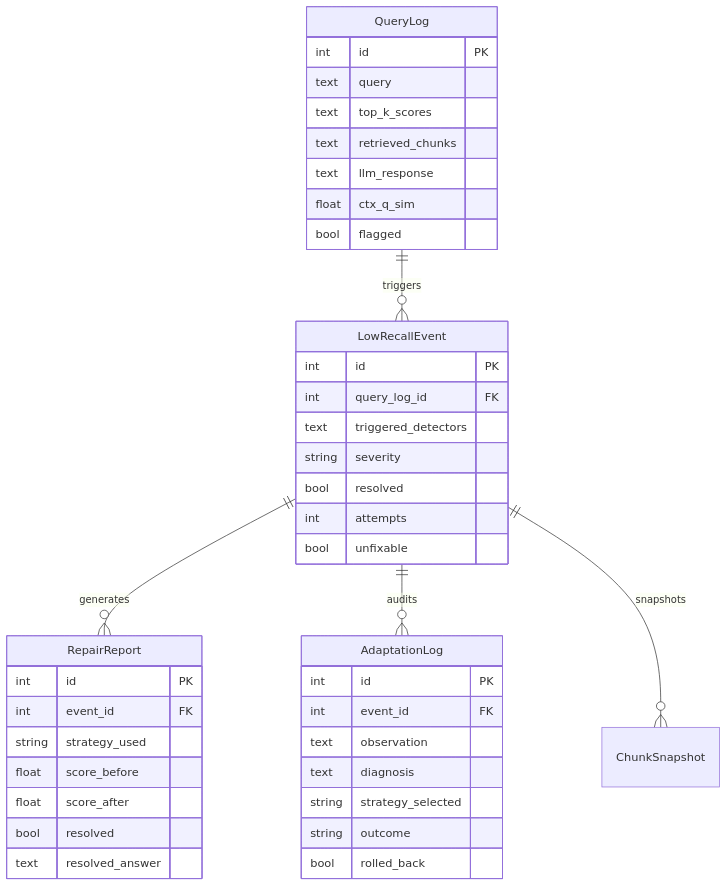
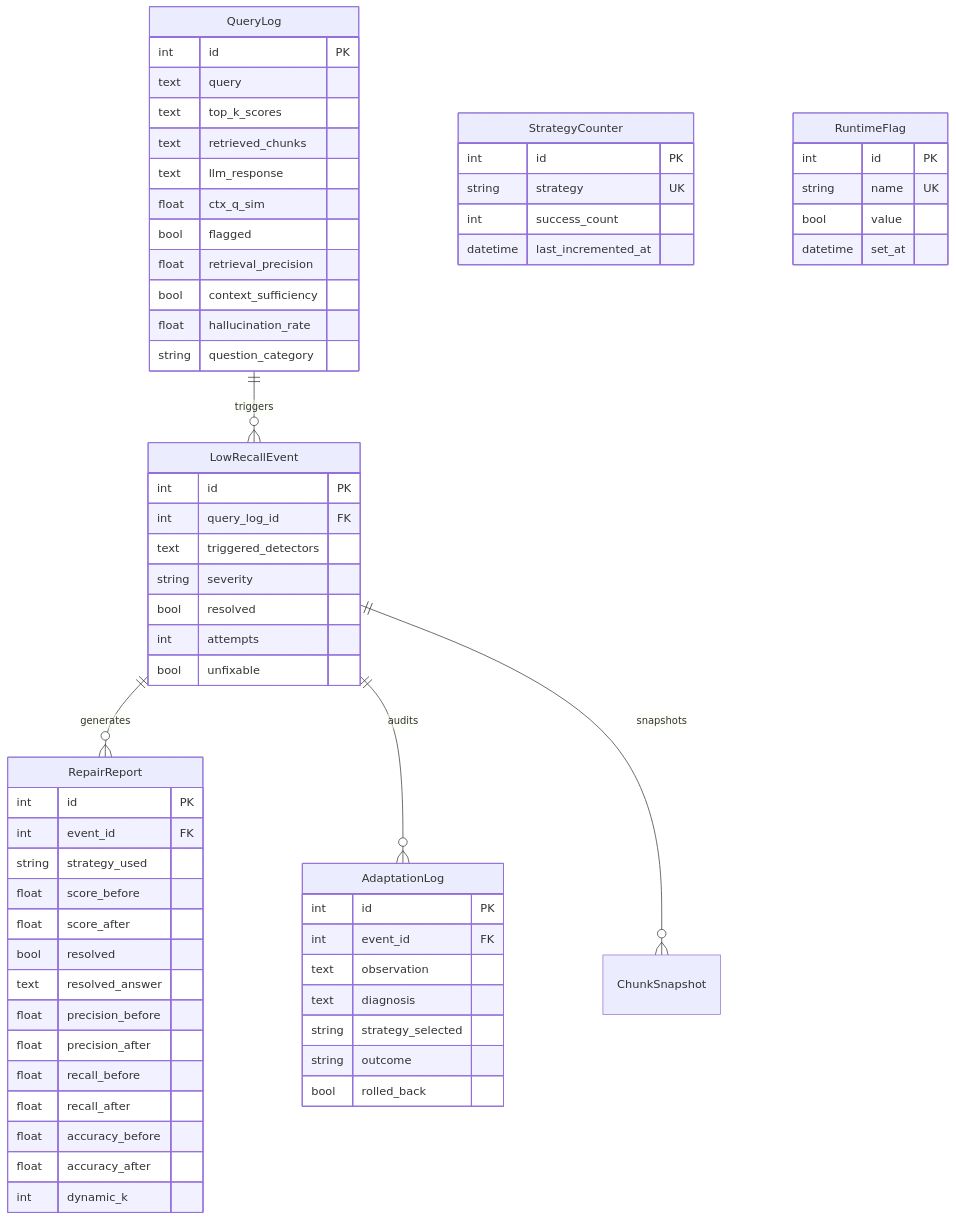
Before and after one commit to Ayaan0777/Self-Organizing-RAG: the third of 3 diagrams in explanation.md, drawn with Mermaid. The commit also changed other lines of this file and 16 other files, not shown here.

````diff
--- a/explanation.md
+++ b/explanation.md
@@ -262,47 +347,72 @@
 ```mermaid
 erDiagram
     QueryLog ||--o{ LowRecallEvent : "triggers"
     LowRecallEvent ||--o{ RepairReport : "generates"
     LowRecallEvent ||--o{ AdaptationLog : "audits"
     LowRecallEvent ||--o{ ChunkSnapshot : "snapshots"
     
     QueryLog {
         int id PK
         text query
         text top_k_scores
         text retrieved_chunks
         text llm_response
         float ctx_q_sim
         bool flagged
+        float retrieval_precision
+        bool context_sufficiency
+        float hallucination_rate
+        string question_category
     }
     
     LowRecallEvent {
         int id PK
         int query_log_id FK
         text triggered_detectors
         string severity
         bool resolved
         int attempts
         bool unfixable
     }
     
     RepairReport {
         int id PK
         int event_id FK
         string strategy_used
         float score_before
         float score_after
         bool resolved
         text resolved_answer
+        float precision_before
+        float precision_after
+        float recall_before
+        float recall_after
+        float accuracy_before
+        float accuracy_after
+        int dynamic_k
     }
     
     AdaptationLog {
         int id PK
         int event_id FK
         text observation
         text diagnosis
         string strategy_selected
         string outcome
         bool rolled_back
     }
+
+    StrategyCounter {
+        int id PK
+        string strategy UK
+        int success_count
+        datetime last_incremented_at
+    }
+
+    RuntimeFlag {
+        int id PK
+        string name UK
+        bool value
+        datetime set_at
+    }
 ```
````
